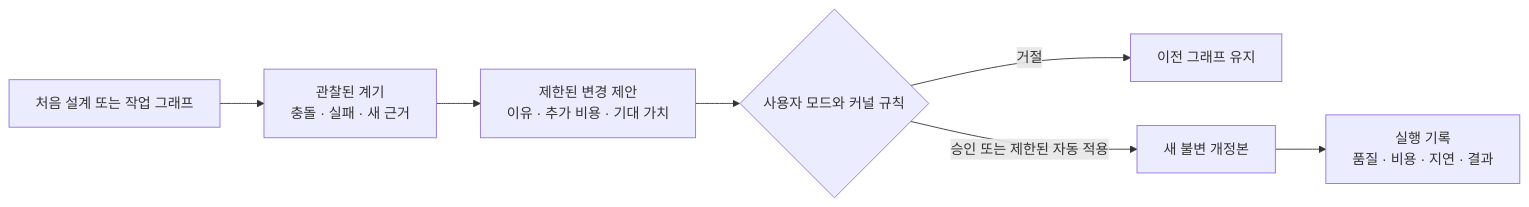
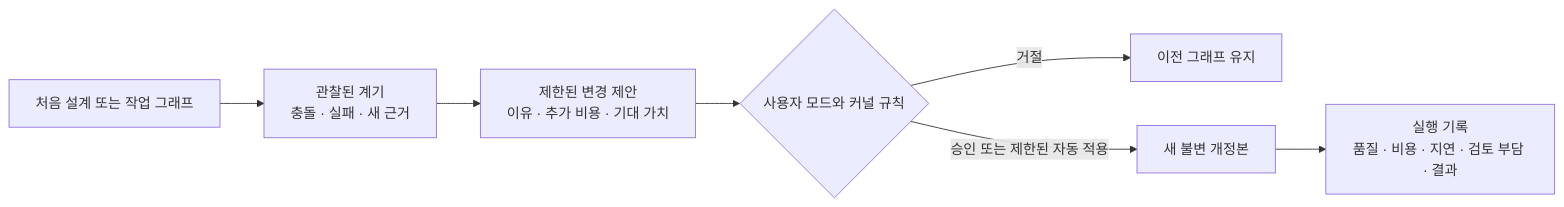
The second of 2 diagrams in docs/ko/05-governed-evolution-and-user-graphs.md (j6t22t4gy4-spec/noruct), drawn with Mermaid before and after one commit. The commit also changed other lines of this file and 20 other files, not shown here.

````diff
--- a/docs/ko/05-governed-evolution-and-user-graphs.md
+++ b/docs/ko/05-governed-evolution-and-user-graphs.md
@@ -116,9 +118,9 @@
 ```mermaid
 flowchart LR
   A["처음 설계 또는 작업 그래프"] --> B["관찰된 계기\n충돌 · 실패 · 새 근거"]
   B --> C["제한된 변경 제안\n이유 · 추가 비용 · 기대 가치"]
   C --> D{"사용자 모드와 커널 규칙"}
   D -->|"거절"| E["이전 그래프 유지"]
   D -->|"승인 또는 제한된 자동 적용"| F["새 불변 개정본"]
-  F --> G["실행 기록\n품질 · 비용 · 지연 · 결과"]
+  F --> G["실행 기록\n품질 · 비용 · 지연 · 검토 부담 · 결과"]
 ```
````
